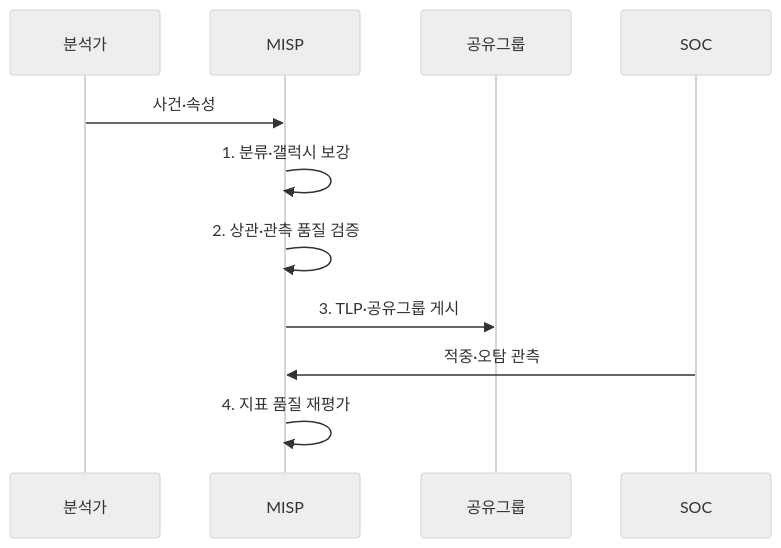
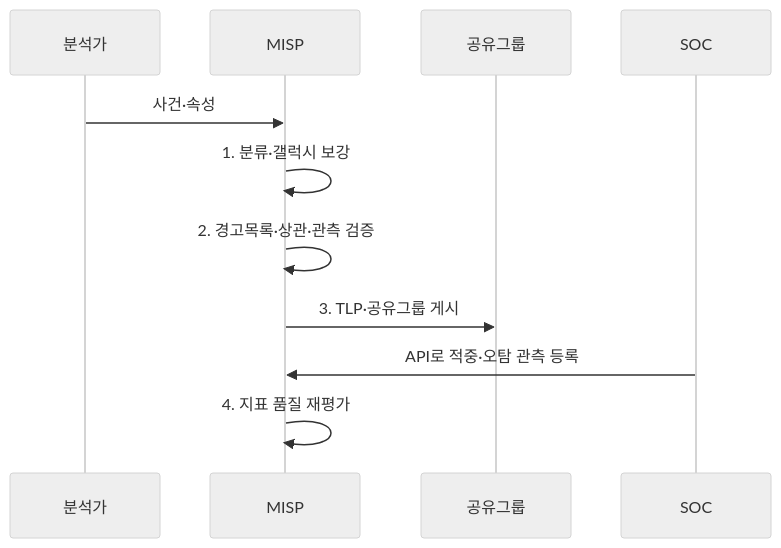
One commit to agnusdei1207/knowledge-base changed the second of 2 diagrams in src/content/docs/notes/05-security/033_misp.md. Above: the diagram before and after it, drawn with Mermaid (neutral theme). The commit also changed other lines of this file and 4 other files, not shown here.

````diff
--- a/src/content/docs/notes/05-security/033_misp.md
+++ b/src/content/docs/notes/05-security/033_misp.md
@@ -103,13 +105,13 @@
 ```mermaid
 sequenceDiagram
     participant 분석가
     participant MISP
     participant 공유그룹
     participant SOC
     분석가->>MISP: 사건·속성
     MISP->>MISP: 1. 분류·갤럭시 보강
-    MISP->>MISP: 2. 상관·관측 품질 검증
+    MISP->>MISP: 2. 경고목록·상관·관측 검증
     MISP->>공유그룹: 3. TLP·공유그룹 게시
-    SOC->>MISP: 적중·오탐 관측
+    SOC->>MISP: API로 적중·오탐 관측 등록
     MISP->>MISP: 4. 지표 품질 재평가
 ```
````
